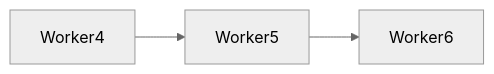
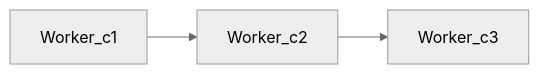
The third of 4 diagrams in README.md (ohhi-vn/super_worker), drawn with Mermaid (neutral theme) before and after one commit. The commit also changed other lines of this file and 6 other files, not shown here.

````diff
--- a/README.md
+++ b/README.md
@@ -66,5 +67,5 @@
 ```mermaid
 graph LR
-    Worker4-->Worker5
-    Worker5-->Worker6
+    Worker_c1-->Worker_c2
+    Worker_c2-->Worker_c3
 ```
````
